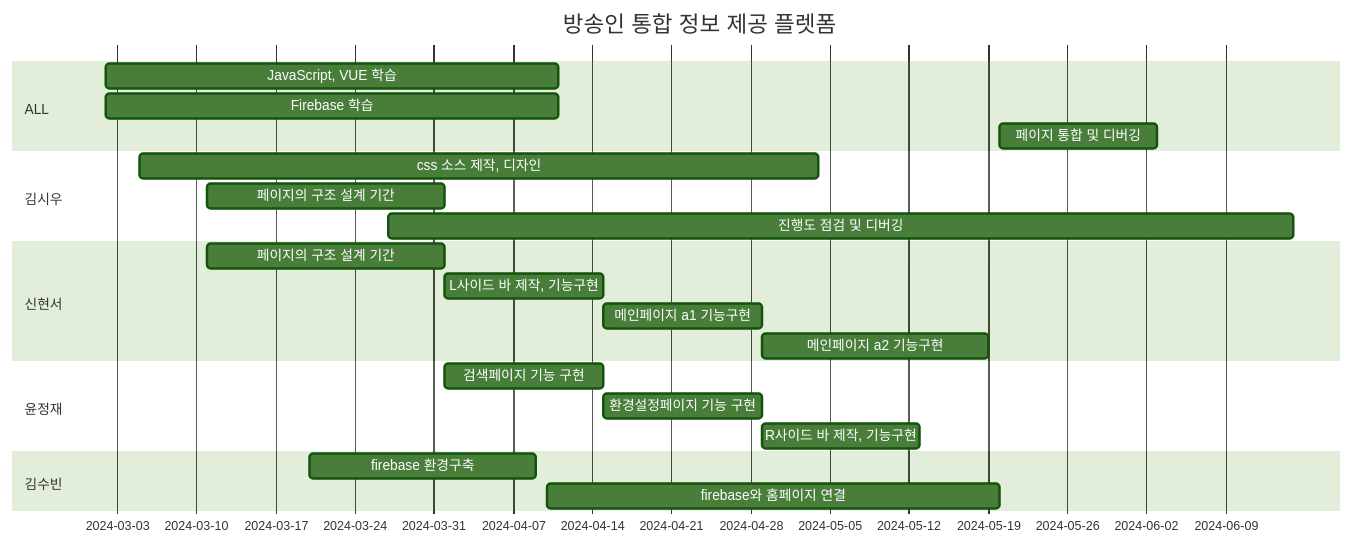
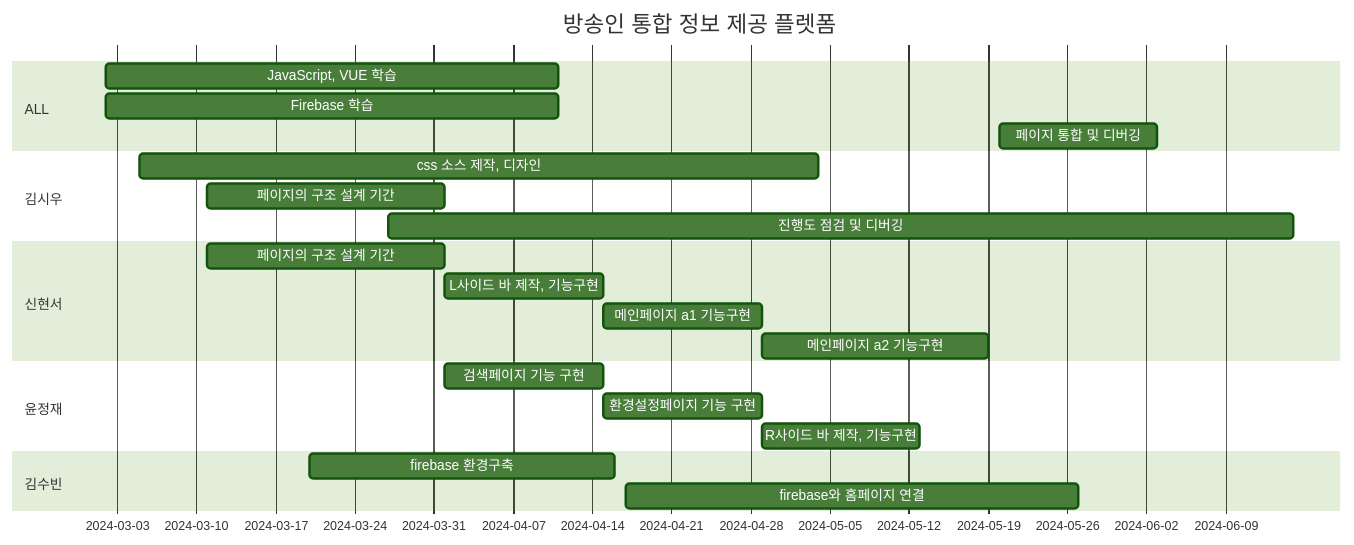
The diagram in README.md (kimsiwoo12/kimsiwoo12), drawn with Mermaid (forest theme) before and after one commit.

````diff
--- a/README.md
+++ b/README.md
@@ -8,30 +8,30 @@
 ```mermaid
 gantt
     title 방송인 통합 정보 제공 플렛폼
     dateFormat  YYYY-MM-DD
 
     section ALL
     JavaScript, VUE 학습     :a1, 2024-03-02, 40d
     Firebase 학습            :a2, 2024-03-02, 40d
     페이지 통합 및 디버깅    :a3, 2024-05-20, 14d
 
     section 김시우
     css 소스 제작, 디자인    :a1, 2024-03-05, 60d
     페이지의 구조 설계 기간  :a2, 2024-03-11, 21d
     진행도 점검 및 디버깅    :a3, 2024-03-27, 80d
 
     section 신현서
     페이지의 구조 설계 기간     :a1, 2024-03-11, 21d
     L사이드 바 제작, 기능구현   :a2, 2024-04-01, 14d
     메인페이지 a1 기능구현      :a3, 2024-04-15, 14d
     메인페이지 a2 기능구현      :a4, 2024-04-29, 20d
 
     section 윤정재
     검색페이지 기능 구현          :a1, 2024-04-01, 14d
     환경설정페이지 기능 구현      :a2, 2024-04-15, 14d
     R사이드 바 제작, 기능구현     :a3, 2024-04-29, 14d
 
     section 김수빈
-    firebase 환경구축        :a1, 2024-03-20, 20d
-    firebase와 홈페이지 연결 :a2, 2024-04-10, 40d
+    firebase 환경구축        :a1, 2024-03-20, 27d
+    firebase와 홈페이지 연결 :a2, 2024-04-17, 40d
 ```
````
